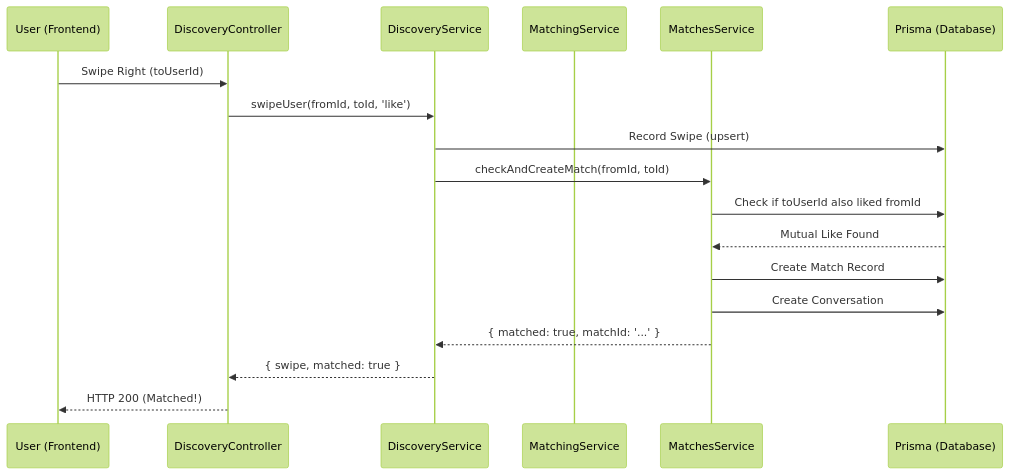
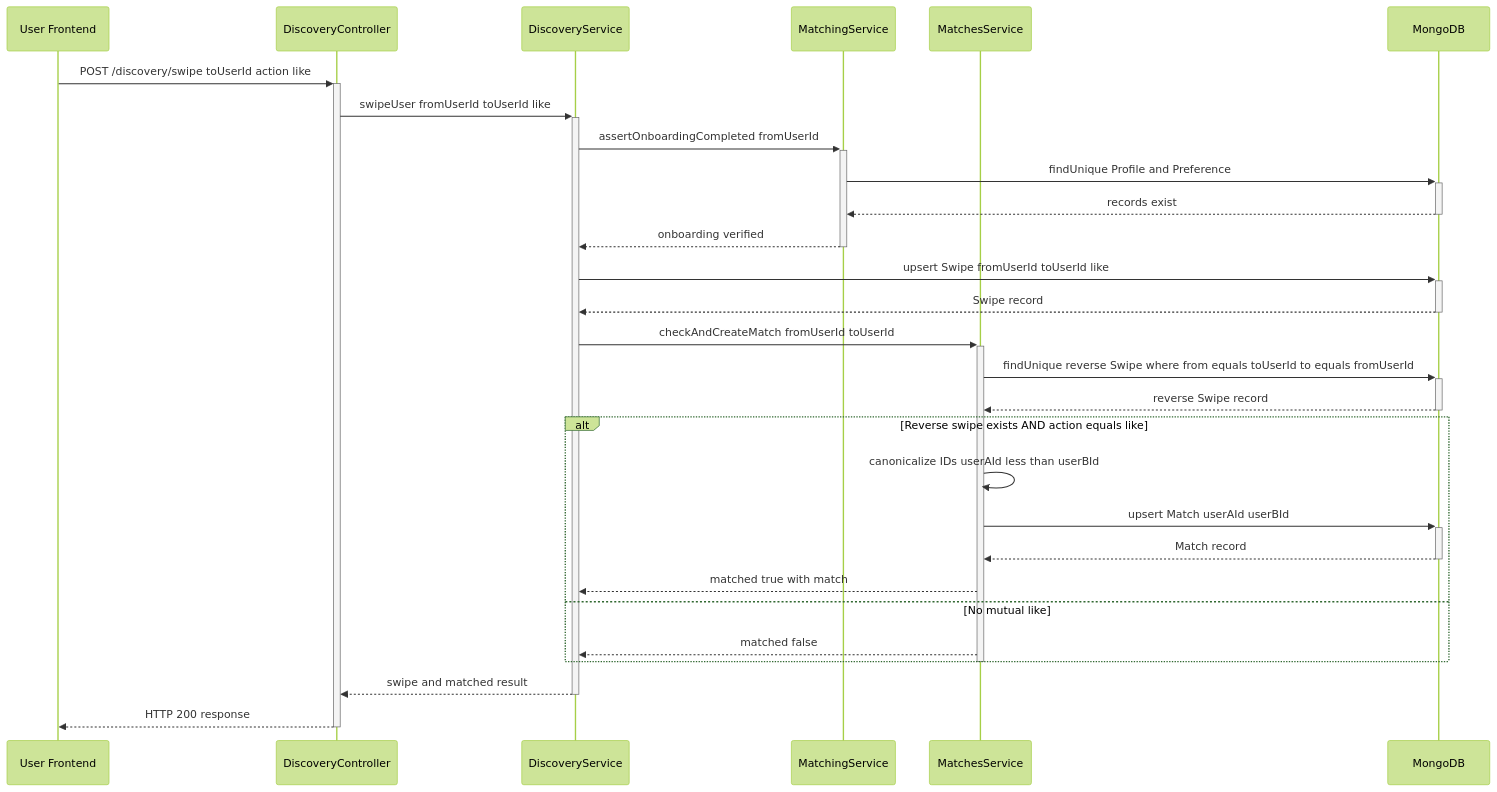
Before and after one commit to HardikGenOne/Flately: the fifth of 5 diagrams in docs/UML_DIAGRAMS.md, drawn with Mermaid (forest theme). The commit also changed other lines of this file and 32 other files, not shown here.

````diff
--- a/docs/UML_DIAGRAMS.md
+++ b/docs/UML_DIAGRAMS.md
@@ -316,21 +488,40 @@
 ```mermaid
 sequenceDiagram
-    participant U as User (Frontend)
-    participant D as DiscoveryController
+    participant U as User Frontend
+    participant DC as DiscoveryController
     participant DS as DiscoveryService
     participant MS as MatchingService
-    participant MT as MatchesService
-    participant DB as Prisma (Database)
+    participant MaS as MatchesService
+    participant DB as MongoDB
 
-    U->>D: Swipe Right (toUserId)
-    D->>DS: swipeUser(fromId, toId, 'like')
-    DS->>DB: Record Swipe (upsert)
-    DS->>MT: checkAndCreateMatch(fromId, toId)
-    MT->>DB: Check if toUserId also liked fromId
-    DB-->>MT: Mutual Like Found
-    MT->>DB: Create Match Record
-    MT->>DB: Create Conversation
-    MT-->>DS: { matched: true, matchId: '...' }
-    DS-->>D: { swipe, matched: true }
-    D-->>U: HTTP 200 (Matched!)
+    U->>+DC: POST /discovery/swipe toUserId action like
+
+    DC->>+DS: swipeUser fromUserId toUserId like
+
+    DS->>+MS: assertOnboardingCompleted fromUserId
+    MS->>+DB: findUnique Profile and Preference
+    DB-->>-MS: records exist
+    MS-->>-DS: onboarding verified
+
+    DS->>+DB: upsert Swipe fromUserId toUserId like
+    DB-->>-DS: Swipe record
+
+    DS->>+MaS: checkAndCreateMatch fromUserId toUserId
+
+    MaS->>+DB: findUnique reverse Swipe where from equals toUserId to equals fromUserId
+    DB-->>-MaS: reverse Swipe record
+
+    alt Reverse swipe exists AND action equals like
+        MaS->>MaS: canonicalize IDs userAId less than userBId
+        MaS->>+DB: upsert Match userAId userBId
+        DB-->>-MaS: Match record
+        MaS-->>DS: matched true with match
+    else No mutual like
+        MaS-->>DS: matched false
+    end
+
+    deactivate MaS
+
+    DS-->>-DC: swipe and matched result
+    DC-->>-U: HTTP 200 response
 ```
````
